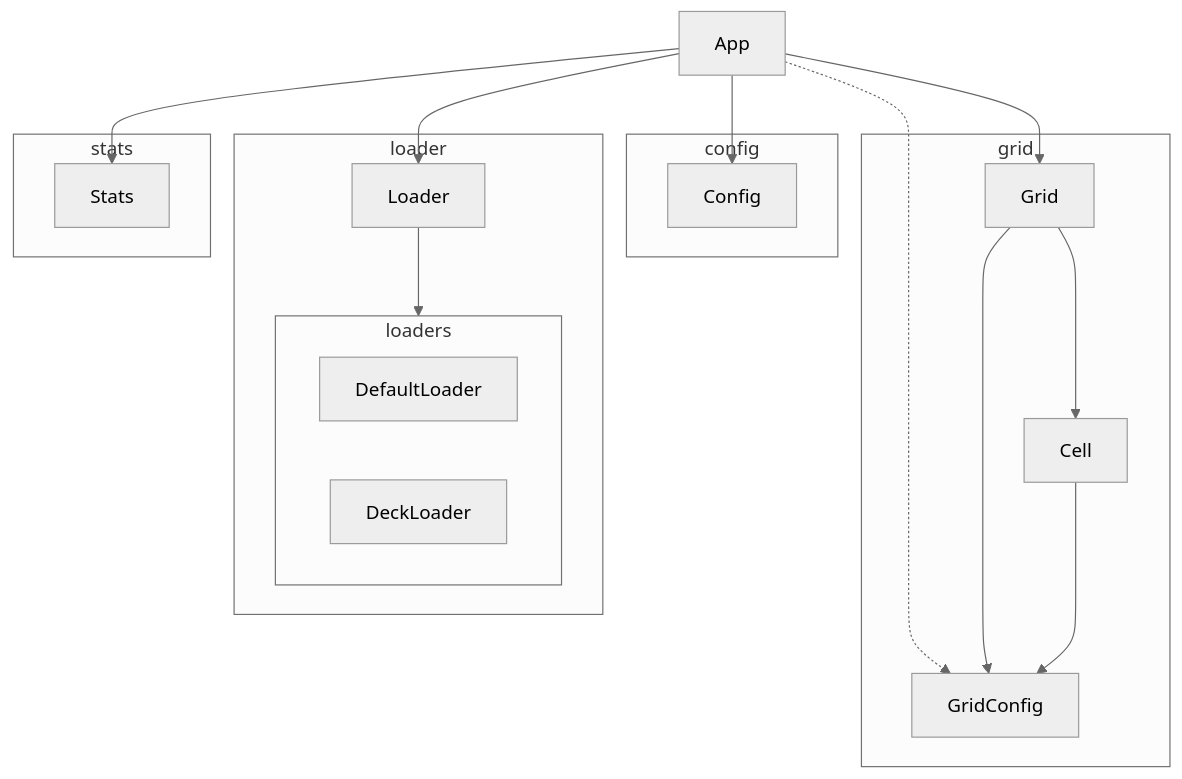
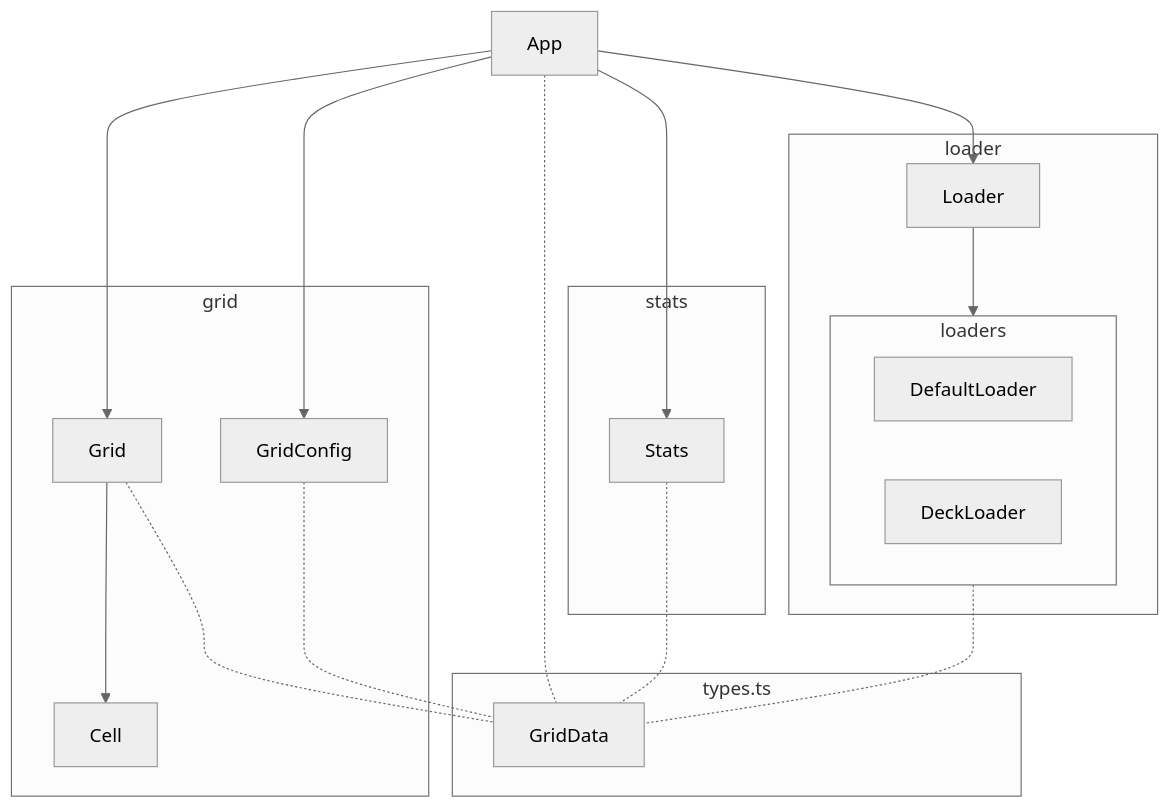
Before and after one commit to allexkap/heatmap: the diagram in README.md, drawn with Mermaid (neutral theme). The commit also changed 5 other files, not shown here.

````diff
--- a/README.md
+++ b/README.md
@@ -25,26 +25,26 @@
 ```mermaid
 flowchart TB
- App --> Config & Grid & Loader & Stats
- App -.-> GridConfig
-
- subgraph config
-  Config
- end
+ App --> Loader & Grid & GridConfig & Stats
 
  subgraph grid
   Grid --> Cell
-  Grid & Cell --> GridConfig
+  GridConfig
  end
 
  subgraph loader
- Loader --> loaders
+  Loader --> loaders
   subgraph loaders
    DefaultLoader
    DeckLoader
   end
  end
 
  subgraph stats
   Stats
  end
+
+ App & loaders & Grid & GridConfig & Stats -.- GridData
+ subgraph types.ts
+  GridData
+ end
 ```
````
